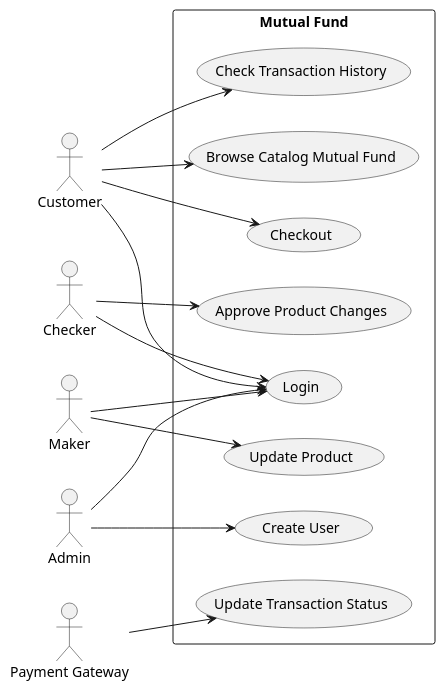
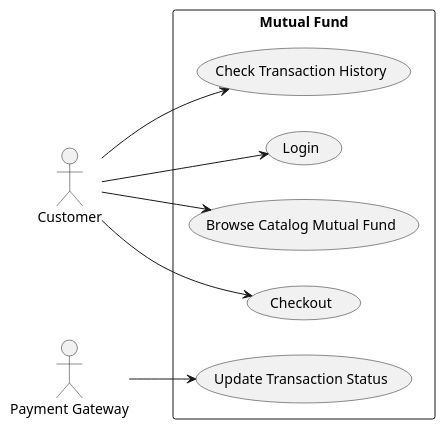
The diagram in use-diagram.puml (ilhamtubagus/mug-jakarta-mutual-funds), drawn with PlantUML before and after one commit.

Commit message:
update use case diagram

```diff
--- a/use-diagram.puml
+++ b/use-diagram.puml
@@ -1,30 +1,18 @@
 @startuml
 left to right direction
 actor Customer
-actor Checker
-actor Maker
-actor Admin
 actor "Payment Gateway"
 rectangle "Mutual Fund" {
     usecase Login
     usecase "Browse Catalog Mutual Fund"
     usecase "Checkout"
     usecase "Update Transaction Status"
-    usecase "Update Product"
-    usecase "Approve Product Changes"
-    usecase "Create User"
     usecase "Check Transaction History"
 }
 
 Customer --> Login
-Admin --> Login
-Admin --> "Create User"
-Checker --> Login
-Maker --> Login
 Customer --> "Browse Catalog Mutual Fund"
 Customer --> "Checkout"
 Customer --> "Check Transaction History"
-Maker --> "Update Product"
-Checker --> "Approve Product Changes"
 "Payment Gateway" --> "Update Transaction Status"
 @enduml
```
